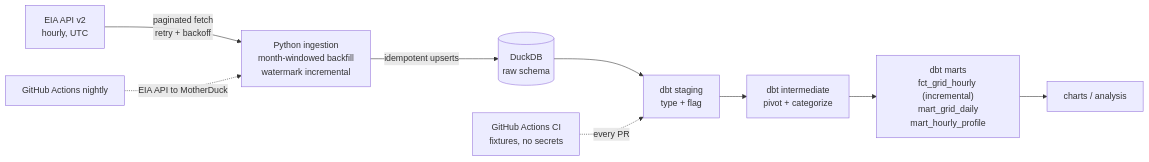
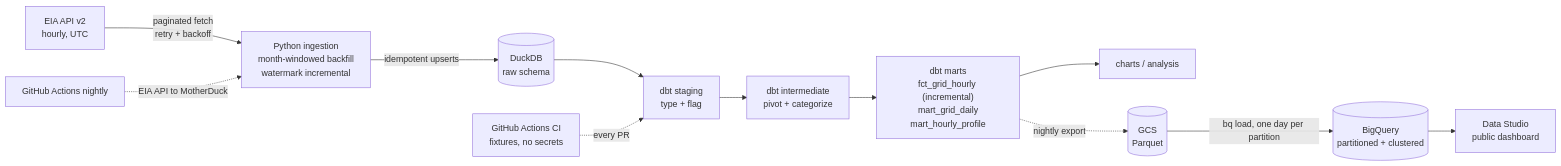
The diagram in README.md (JosephWong333/energy-grid-pipeline), drawn with Mermaid before and after one commit. The commit also changed other lines of this file, not shown here.

First line of the commit message:
docs: document the BigQuery serving layer and add the nightly badge

````diff
--- a/README.md
+++ b/README.md
@@ -25,11 +42,14 @@
 ```mermaid
 flowchart LR
     A[EIA API v2<br/>hourly, UTC] -->|paginated fetch<br/>retry + backoff| B[Python ingestion<br/>month-windowed backfill<br/>watermark incremental]
     B -->|idempotent upserts| C[(DuckDB<br/>raw schema)]
     C --> D[dbt staging<br/>type + flag]
     D --> E[dbt intermediate<br/>pivot + categorize]
     E --> F["dbt marts<br/>fct_grid_hourly (incremental)<br/>mart_grid_daily<br/>mart_hourly_profile"]
     F --> G[charts / analysis]
+    F -.->|nightly export| J[(GCS<br/>Parquet)]
+    J -->|"bq load, one day per partition"| K[(BigQuery<br/>partitioned + clustered)]
+    K --> L[Data Studio<br/>public dashboard]
     H[GitHub Actions CI<br/>fixtures, no secrets] -.->|every PR| D
     I[GitHub Actions nightly] -.->|"EIA API to MotherDuck"| B
 ```
````
